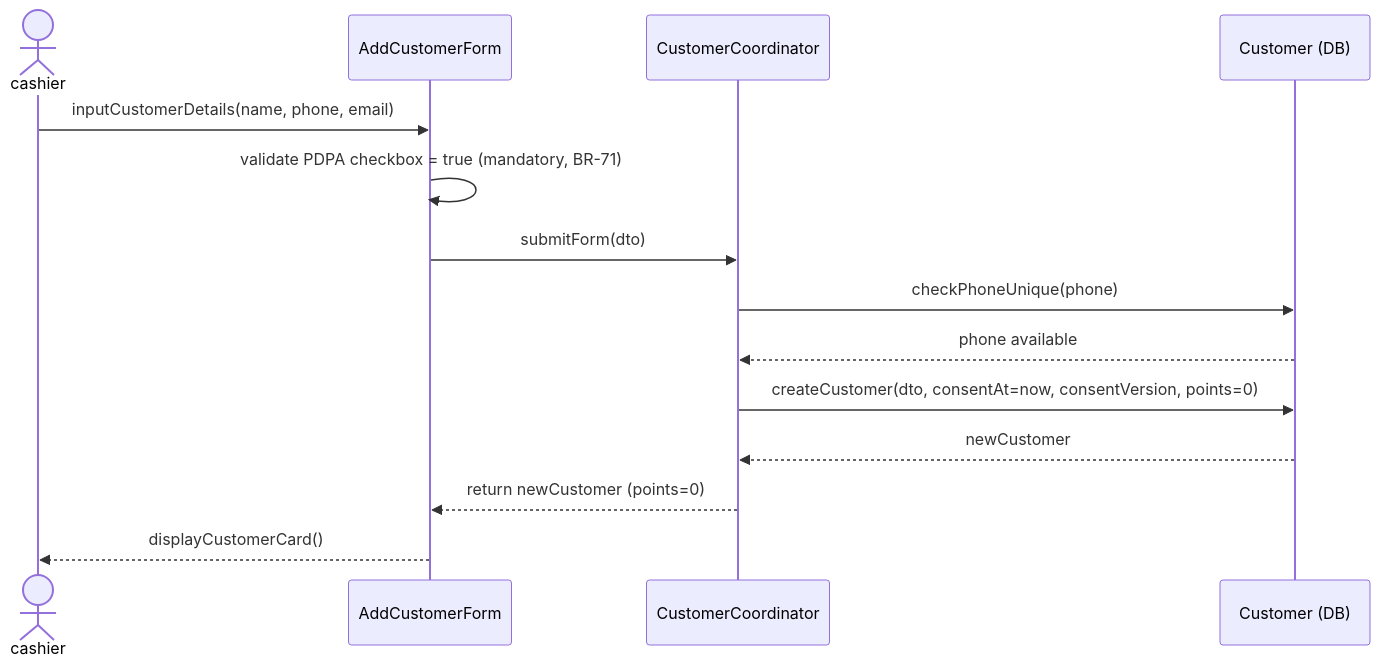
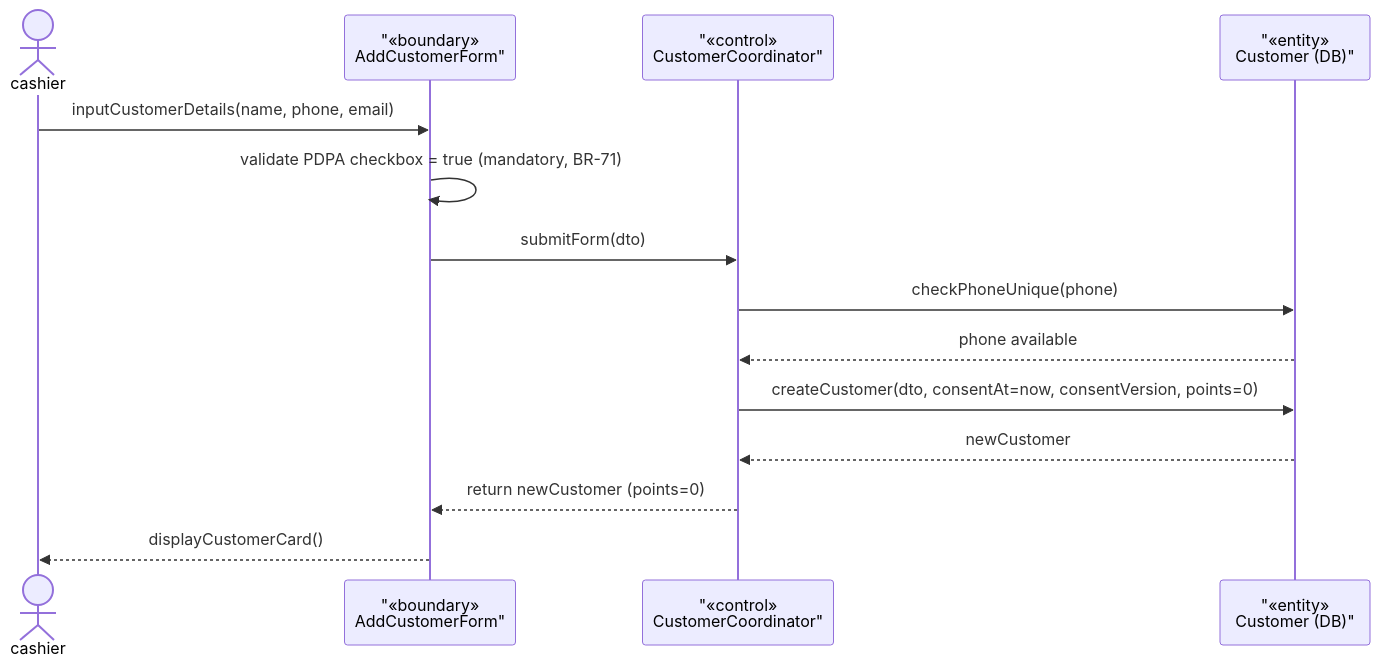
The second of 3 diagrams in rds_sections/08_detailed_3_5_customer_membership.md (Shaichi/Khoga_coffe_shop), drawn with Mermaid before and after one commit. The commit also changed other lines of this file and 13 other files, not shown here.

````diff
--- a/rds_sections/08_detailed_3_5_customer_membership.md
+++ b/rds_sections/08_detailed_3_5_customer_membership.md
@@ -75,17 +75,17 @@
 ```mermaid
 sequenceDiagram
     actor cashier
-    participant AddForm as AddCustomerForm
-    participant CustomerCoord as CustomerCoordinator
-    participant CustomerDB as Customer (DB)
+participant AddForm as "«boundary»<br/>AddCustomerForm"
+participant CustomerCoord as "«control»<br/>CustomerCoordinator"
+participant CustomerDB as "«entity»<br/>Customer (DB)"
 
     cashier->>AddForm: inputCustomerDetails(name, phone, email)
     AddForm->>AddForm: validate PDPA checkbox = true (mandatory, BR-71)
     AddForm->>CustomerCoord: submitForm(dto)
     CustomerCoord->>CustomerDB: checkPhoneUnique(phone)
     CustomerDB-->>CustomerCoord: phone available
     CustomerCoord->>CustomerDB: createCustomer(dto, consentAt=now, consentVersion, points=0)
     CustomerDB-->>CustomerCoord: newCustomer
     CustomerCoord-->>AddForm: return newCustomer (points=0)
     AddForm-->>cashier: displayCustomerCard()
 ```
````
